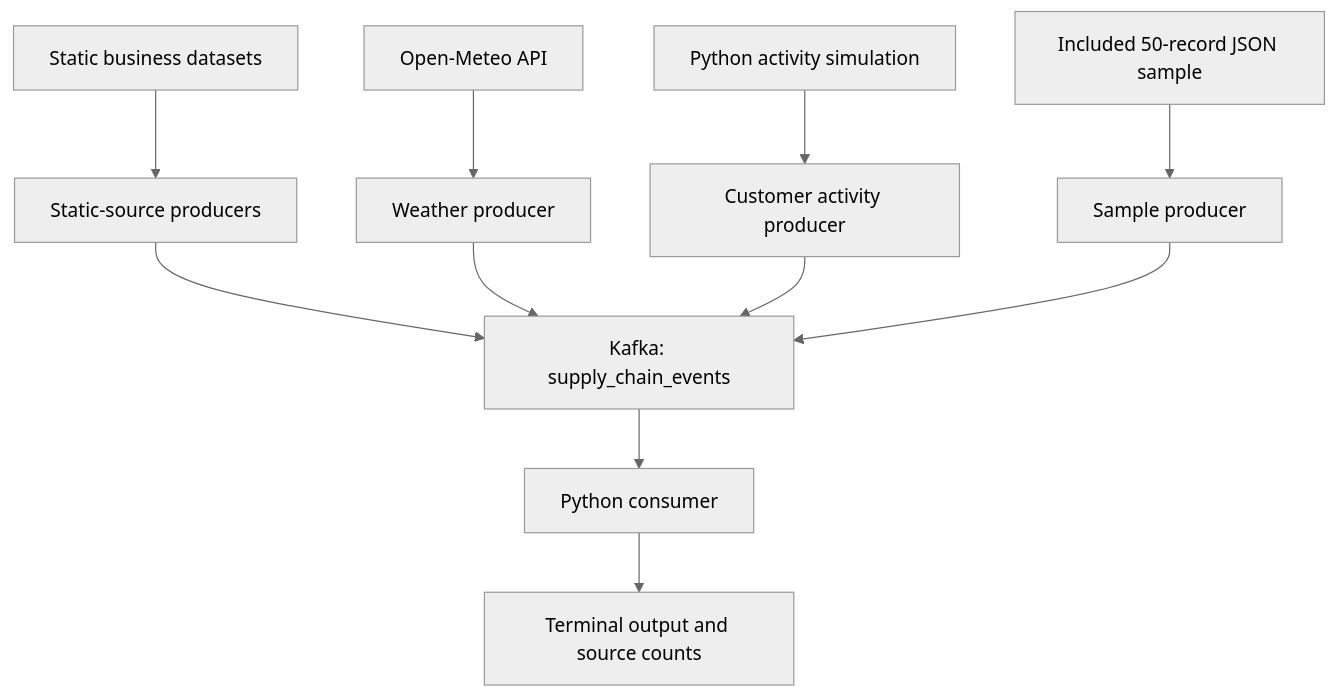
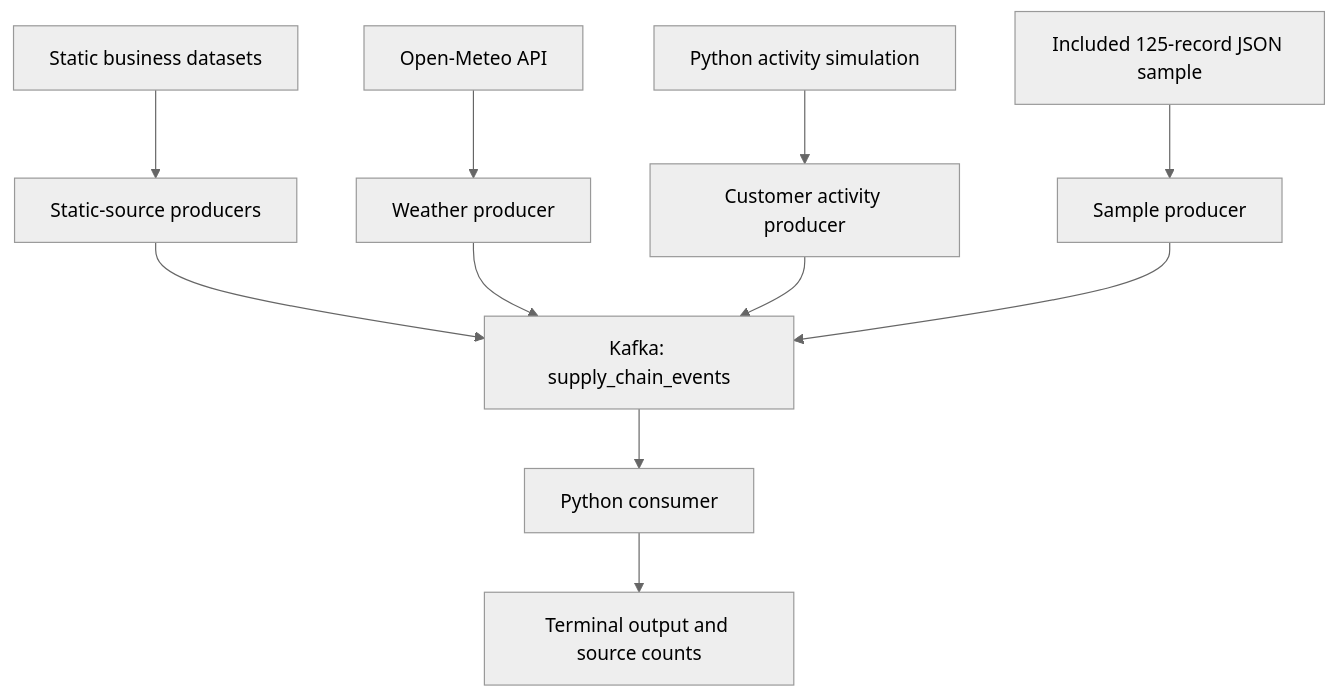
The diagram in README.md (blaze2310/sda-supply-chain), drawn with Mermaid (neutral theme) before and after one commit. The commit also changed other lines of this file, not shown here.

````diff
--- a/README.md
+++ b/README.md
@@ -64,15 +64,15 @@
 ```mermaid
 flowchart TD
     A["Static business datasets"] --> B["Static-source producers"]
     C["Open-Meteo API"] --> D["Weather producer"]
     E["Python activity simulation"] --> F["Customer activity producer"]
-    G["Included 50-record JSON sample"] --> H["Sample producer"]
+    G["Included 125-record JSON sample"] --> H["Sample producer"]
 
     B --> K["Kafka: supply_chain_events"]
     D --> K
     F --> K
     H --> K
 
     K --> L["Python consumer"]
     L --> M["Terminal output and source counts"]
 ```
````
